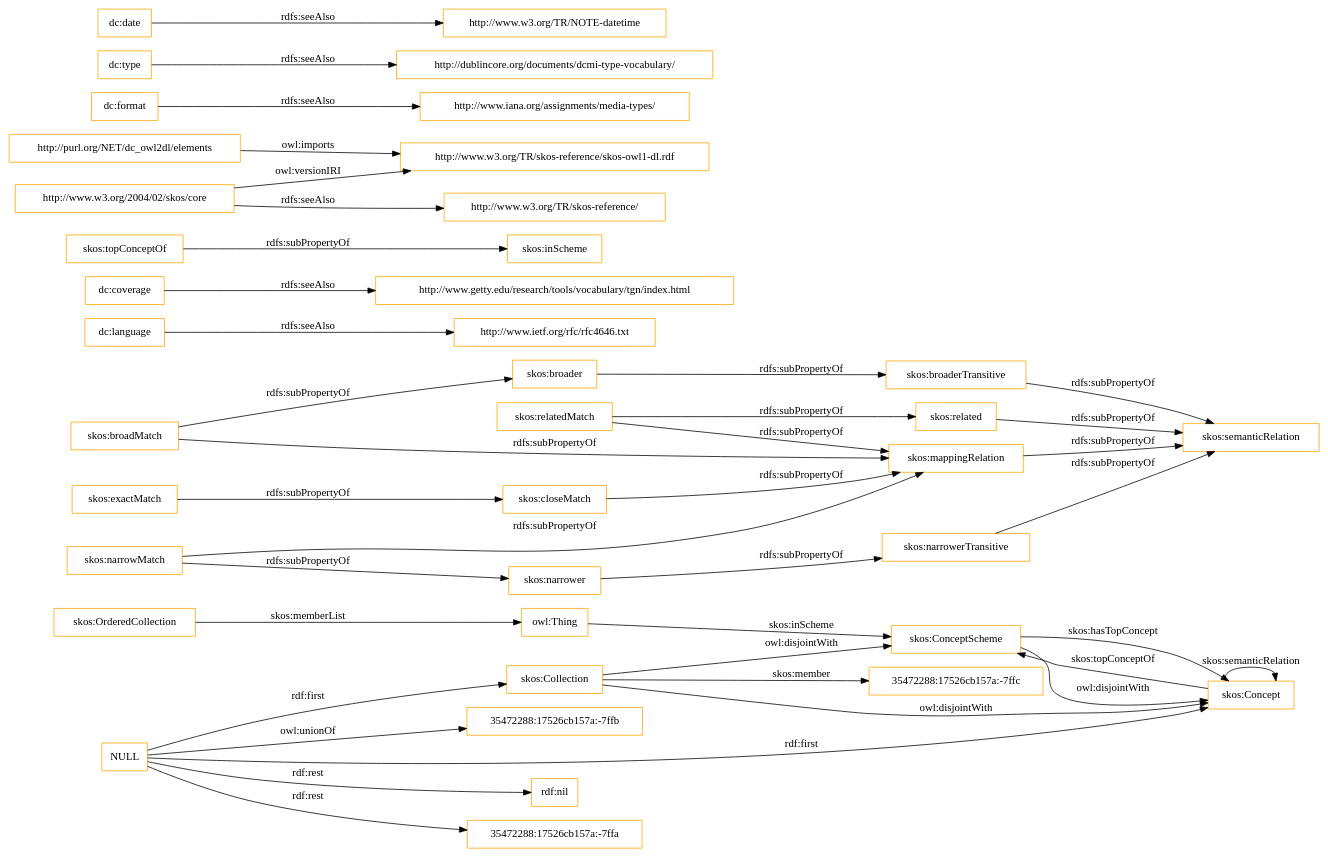
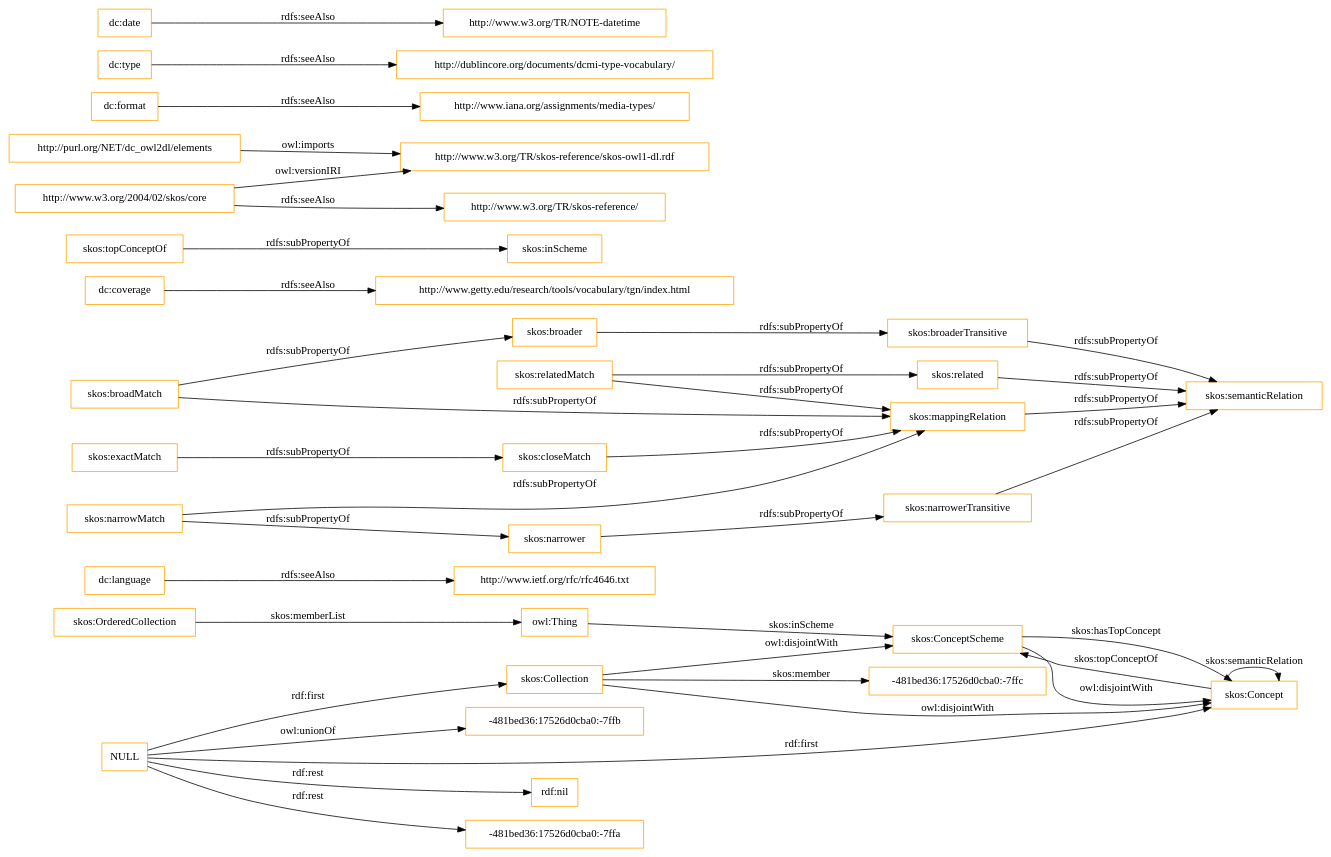
One commit to OnToologyUser/core-ontology-1 changed the diagram in OnToology/imports/elements.owl/diagrams/ar2dtool-class/elements.owl.png.dot. Above: the diagram before and after it, drawn with Graphviz. The commit also changed 14 other files, not shown here.

```diff
--- a/OnToology/imports/elements.owl/diagrams/ar2dtool-class/elements.owl.png.dot
+++ b/OnToology/imports/elements.owl/diagrams/ar2dtool-class/elements.owl.png.dot
@@ -1,43 +1,43 @@
 digraph ar2dtool_diagram { 
 rankdir=LR;
 size="1501"
-node [shape = rectangle, color="orange"]; "35472288:17526cb157a:-7ffc" "skos:OrderedCollection" "skos:Collection" "skos:ConceptScheme" "skos:Concept" ; /*classes style*/
-	"skos:narrowerTransitive" -> "skos:semanticRelation" [ label = "rdfs:subPropertyOf" ];
+node [shape = rectangle, color="orange"]; "-481bed36:17526d0cba0:-7ffc" "skos:OrderedCollection" "skos:Collection" "skos:ConceptScheme" "skos:Concept" ; /*classes style*/
 	"dc:language" -> "http://www.ietf.org/rfc/rfc4646.txt" [ label = "rdfs:seeAlso" ];
+	"NULL" -> "rdf:nil" [ label = "rdf:rest" ];
+	"NULL" -> "skos:Collection" [ label = "rdf:first" ];
+	"NULL" -> "-481bed36:17526d0cba0:-7ffa" [ label = "rdf:rest" ];
+	"NULL" -> "skos:Concept" [ label = "rdf:first" ];
+	"NULL" -> "-481bed36:17526d0cba0:-7ffb" [ label = "owl:unionOf" ];
 	"skos:closeMatch" -> "skos:mappingRelation" [ label = "rdfs:subPropertyOf" ];
 	"dc:coverage" -> "http://www.getty.edu/research/tools/vocabulary/tgn/index.html" [ label = "rdfs:seeAlso" ];
 	"skos:relatedMatch" -> "skos:related" [ label = "rdfs:subPropertyOf" ];
 	"skos:relatedMatch" -> "skos:mappingRelation" [ label = "rdfs:subPropertyOf" ];
 	"skos:ConceptScheme" -> "skos:Concept" [ label = "owl:disjointWith" ];
 	"skos:related" -> "skos:semanticRelation" [ label = "rdfs:subPropertyOf" ];
 	"skos:topConceptOf" -> "skos:inScheme" [ label = "rdfs:subPropertyOf" ];
 	"skos:broadMatch" -> "skos:broader" [ label = "rdfs:subPropertyOf" ];
 	"skos:broadMatch" -> "skos:mappingRelation" [ label = "rdfs:subPropertyOf" ];
 	"http://purl.org/NET/dc_owl2dl/elements" -> "http://www.w3.org/TR/skos-reference/skos-owl1-dl.rdf" [ label = "owl:imports" ];
 	"skos:exactMatch" -> "skos:closeMatch" [ label = "rdfs:subPropertyOf" ];
 	"dc:format" -> "http://www.iana.org/assignments/media-types/" [ label = "rdfs:seeAlso" ];
 	"skos:broaderTransitive" -> "skos:semanticRelation" [ label = "rdfs:subPropertyOf" ];
 	"dc:type" -> "http://dublincore.org/documents/dcmi-type-vocabulary/" [ label = "rdfs:seeAlso" ];
 	"skos:broader" -> "skos:broaderTransitive" [ label = "rdfs:subPropertyOf" ];
 	"skos:mappingRelation" -> "skos:semanticRelation" [ label = "rdfs:subPropertyOf" ];
 	"http://www.w3.org/2004/02/skos/core" -> "http://www.w3.org/TR/skos-reference/skos-owl1-dl.rdf" [ label = "owl:versionIRI" ];
 	"http://www.w3.org/2004/02/skos/core" -> "http://www.w3.org/TR/skos-reference/" [ label = "rdfs:seeAlso" ];
 	"skos:Collection" -> "skos:ConceptScheme" [ label = "owl:disjointWith" ];
 	"skos:Collection" -> "skos:Concept" [ label = "owl:disjointWith" ];
 	"skos:narrowMatch" -> "skos:narrower" [ label = "rdfs:subPropertyOf" ];
 	"skos:narrowMatch" -> "skos:mappingRelation" [ label = "rdfs:subPropertyOf" ];
 	"skos:narrower" -> "skos:narrowerTransitive" [ label = "rdfs:subPropertyOf" ];
 	"dc:date" -> "http://www.w3.org/TR/NOTE-datetime" [ label = "rdfs:seeAlso" ];
-	"NULL" -> "rdf:nil" [ label = "rdf:rest" ];
-	"NULL" -> "skos:Collection" [ label = "rdf:first" ];
-	"NULL" -> "35472288:17526cb157a:-7ffa" [ label = "rdf:rest" ];
-	"NULL" -> "skos:Concept" [ label = "rdf:first" ];
-	"NULL" -> "35472288:17526cb157a:-7ffb" [ label = "owl:unionOf" ];
+	"skos:narrowerTransitive" -> "skos:semanticRelation" [ label = "rdfs:subPropertyOf" ];
 	"skos:OrderedCollection" -> "owl:Thing" [ label = "skos:memberList" ];
 	"skos:Concept" -> "skos:ConceptScheme" [ label = "skos:topConceptOf" ];
 	"skos:Concept" -> "skos:Concept" [ label = "skos:semanticRelation" ];
-	"skos:Collection" -> "35472288:17526cb157a:-7ffc" [ label = "skos:member" ];
+	"skos:Collection" -> "-481bed36:17526d0cba0:-7ffc" [ label = "skos:member" ];
 	"skos:ConceptScheme" -> "skos:Concept" [ label = "skos:hasTopConcept" ];
 	"owl:Thing" -> "skos:ConceptScheme" [ label = "skos:inScheme" ];
 
 }
```
